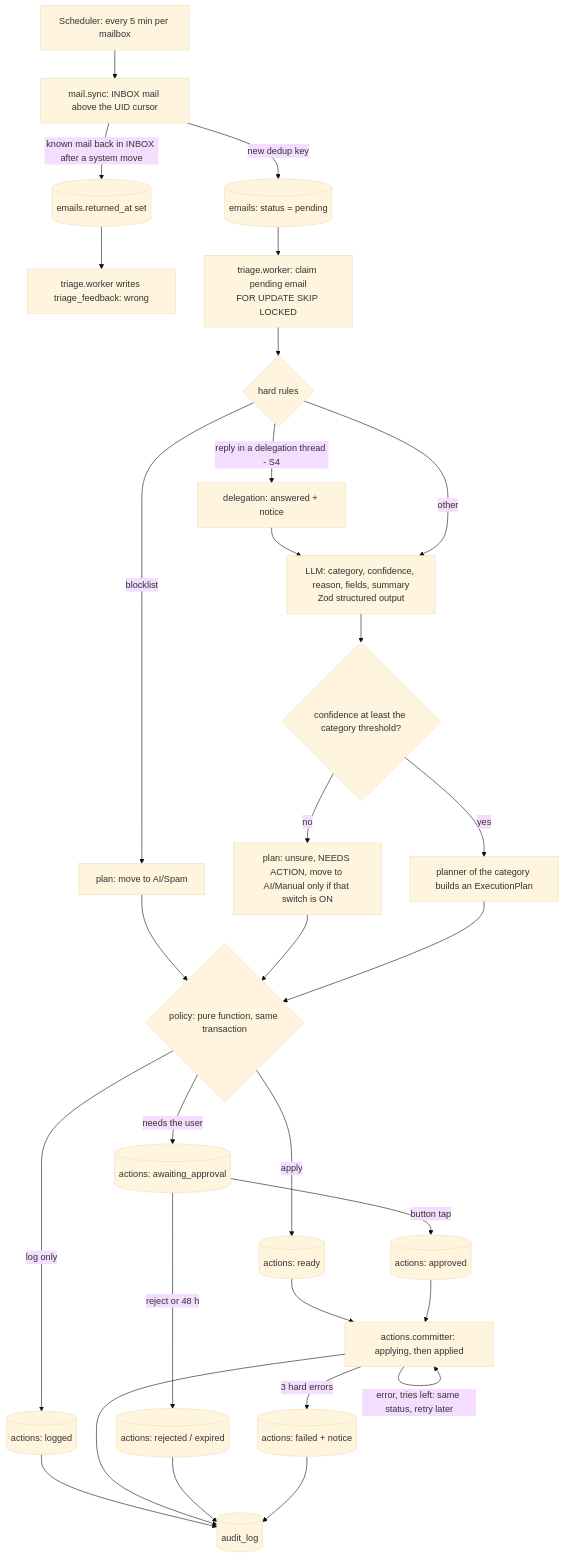
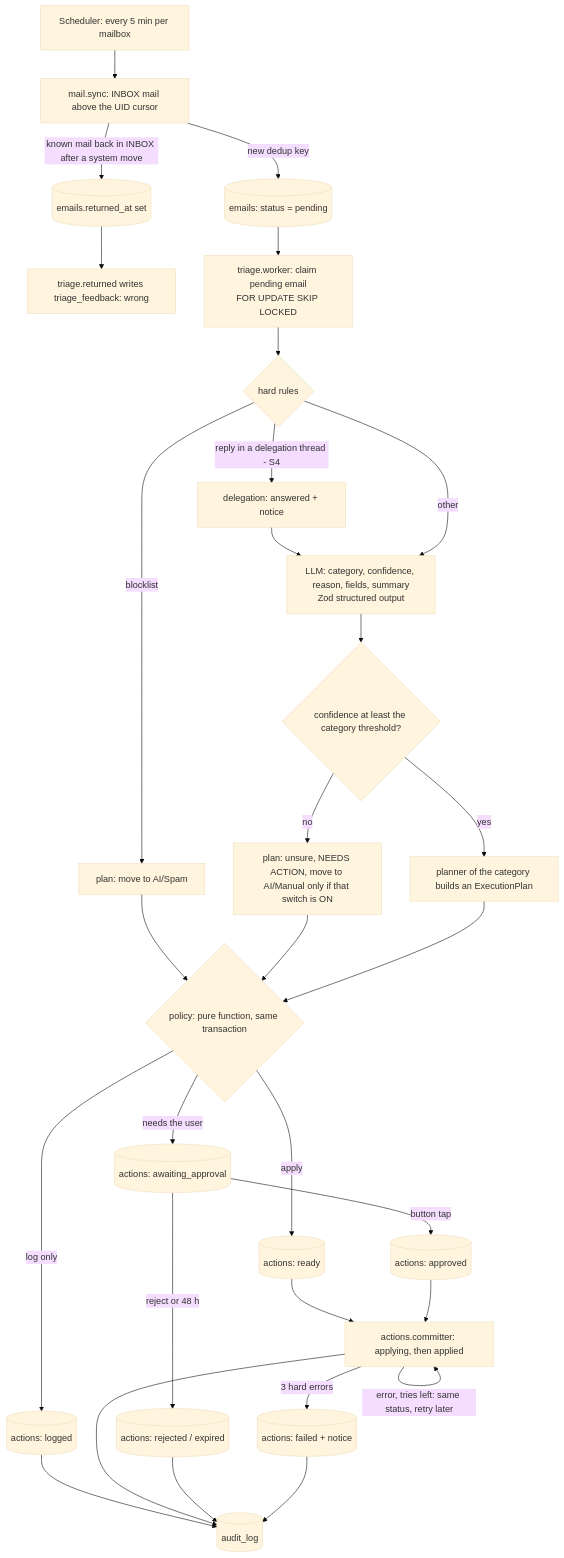
The second of 4 diagrams in docs/architecture.md (Artexs/email_assistant), drawn with Mermaid (base theme) before and after one commit. The commit also changed other lines of this file and 15 other files, not shown here.

````diff
--- a/docs/architecture.md
+++ b/docs/architecture.md
@@ -88,32 +88,32 @@
 ```mermaid
 flowchart TD
     Tick[Scheduler: every 5 min per mailbox] --> Sync[mail.sync: INBOX mail above the UID cursor]
     Sync -->|known mail back in INBOX after a system move| Ret[(emails.returned_at set)]
-    Ret --> FB[triage.worker writes triage_feedback: wrong]
+    Ret --> FB[triage.returned writes triage_feedback: wrong]
     Sync -->|new dedup key| Store[(emails: status = pending)]
     Store --> Claim[triage.worker: claim pending email<br/>FOR UPDATE SKIP LOCKED]
     Claim --> Rules{hard rules}
     Rules -->|blocklist| PSpam[plan: move to AI/Spam]
     Rules -->|reply in a delegation thread - S4| Answered[delegation: answered + notice]
     Answered --> Classify
     Rules -->|other| Classify[LLM: category, confidence, reason, fields, summary<br/>Zod structured output]
     Classify --> Conf{confidence at least the category threshold?}
     Conf -->|no| PManual[plan: unsure, NEEDS ACTION, move to AI/Manual only if that switch is ON]
     Conf -->|yes| Plan[planner of the category builds an ExecutionPlan]
     PSpam --> Policy
     PManual --> Policy
     Plan --> Policy{policy: pure function, same transaction}
     Policy -->|log only| Logged[(actions: logged)]
     Policy -->|apply| Ready[(actions: ready)]
     Policy -->|needs the user| Await[(actions: awaiting_approval)]
     Ready --> Commit[actions.committer: applying, then applied]
     Await -->|button tap| Approved[(actions: approved)]
     Approved --> Commit
     Await -->|reject or 48 h| Closed[(actions: rejected / expired)]
     Commit -->|error, tries left: same status, retry later| Commit
     Commit -->|3 hard errors| Failed[(actions: failed + notice)]
     Logged --> Audit[(audit_log)]
     Commit --> Audit
     Closed --> Audit
     Failed --> Audit
 ```
````
